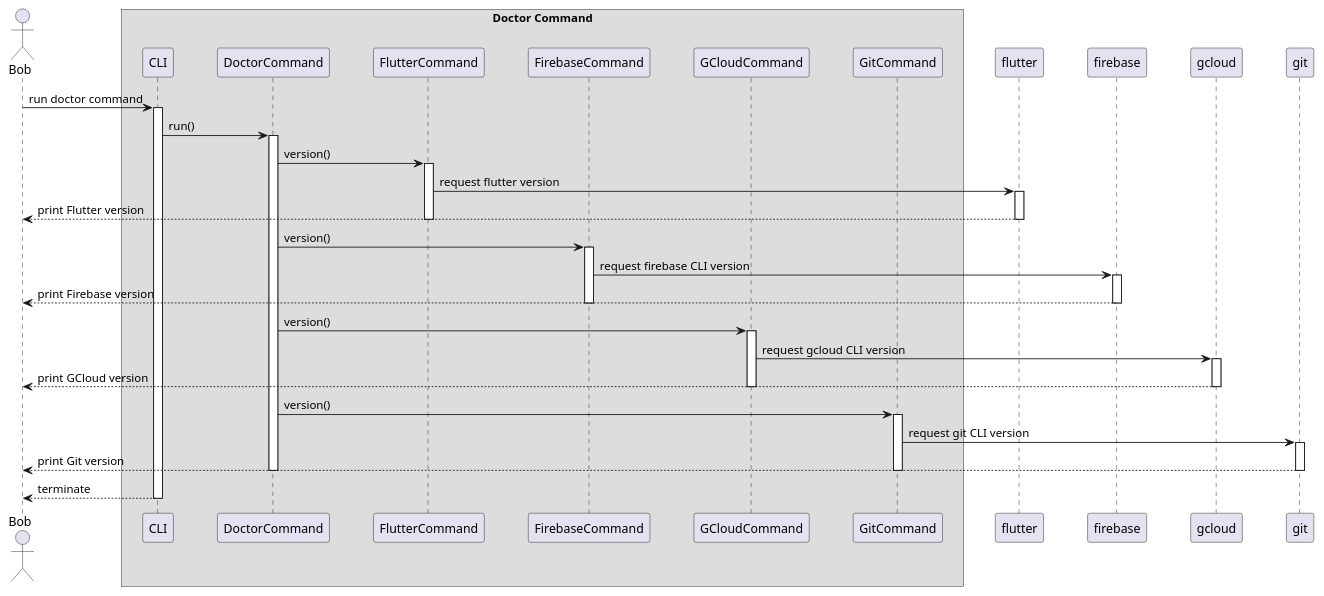
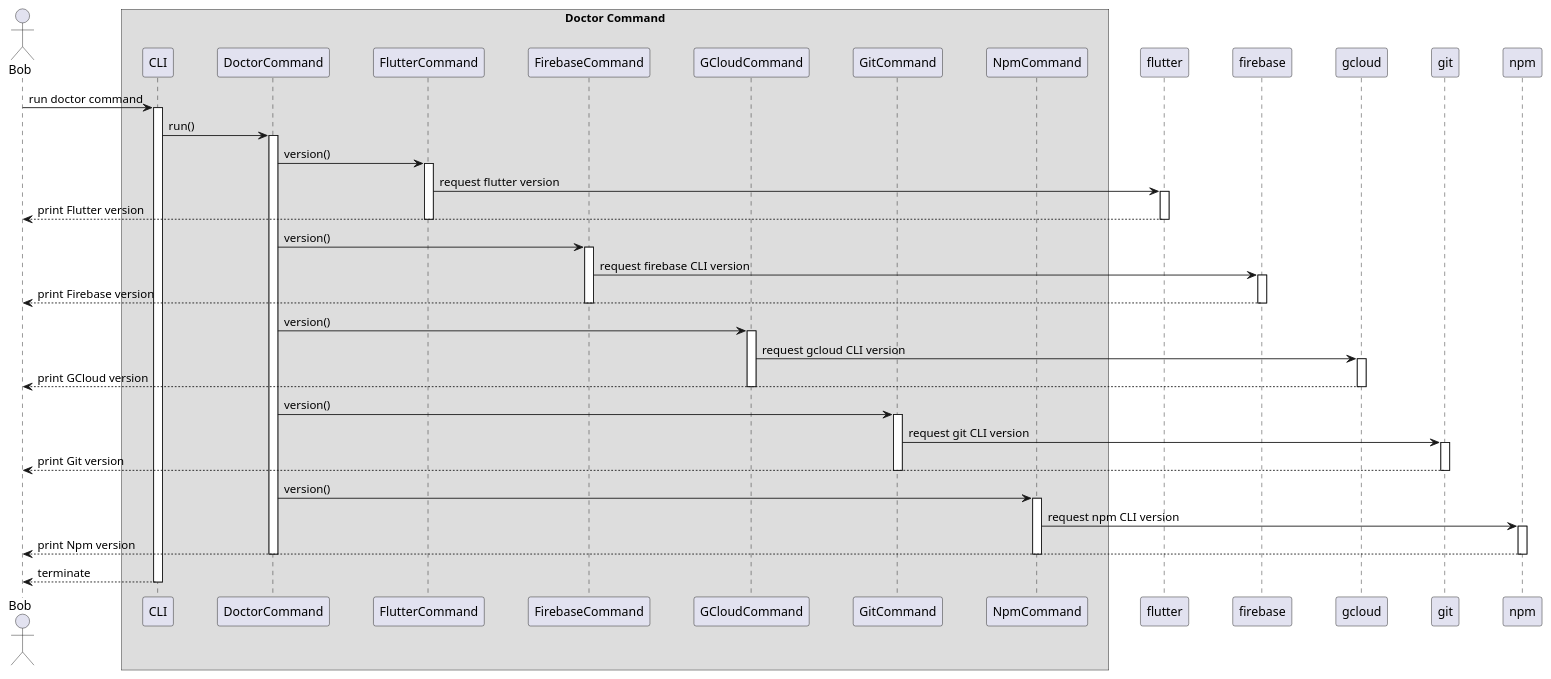
Before and after one commit to Flank/flank-dashboard: the diagram in metrics/cli/docs/diagrams/doctor_command_sequence_diagram.puml, drawn with PlantUML. The commit also changed 9 other files, not shown here.

Commit message:
Update diagrams, minor improvements

```diff
--- a/metrics/cli/docs/diagrams/doctor_command_sequence_diagram.puml
+++ b/metrics/cli/docs/diagrams/doctor_command_sequence_diagram.puml
@@ -1,49 +1,58 @@
 @startuml doctor_command_sequence_diagram
 
 skinparam ParticipantPadding 20
 skinparam BoxPadding 10
 
 actor Bob
 
 box Doctor Command
     participant CLI
     participant DoctorCommand
     participant FlutterCommand
     participant FirebaseCommand
     participant GCloudCommand
     participant GitCommand
+    participant NpmCommand
 end box
 
 participant flutter
 
 participant firebase
 
 participant gcloud
 
 participant git
+
+participant npm
 
 Bob -> CLI ++ : run doctor command
 CLI -> DoctorCommand ++ : run()
 DoctorCommand -> FlutterCommand ++ : version()
 FlutterCommand -> flutter ++ : request flutter version
 flutter --> Bob -- : print Flutter version
 FlutterCommand --
 
 DoctorCommand -> FirebaseCommand ++ : version()
 FirebaseCommand -> firebase ++ : request firebase CLI version
 firebase --> Bob -- : print Firebase version
 FirebaseCommand --
 
 DoctorCommand -> GCloudCommand ++ : version()
 GCloudCommand -> gcloud ++ : request gcloud CLI version
 gcloud --> Bob -- : print GCloud version
 GCloudCommand --
 
 DoctorCommand -> GitCommand ++ : version()
 GitCommand -> git ++ : request git CLI version
 git --> Bob -- : print Git version
 GitCommand --
+
+DoctorCommand -> NpmCommand ++ : version()
+NpmCommand -> npm ++ : request npm CLI version
+npm --> Bob -- : print Npm version
+NpmCommand --
 DoctorCommand --
+
 CLI --> Bob -- : terminate
 
 @enduml
```
